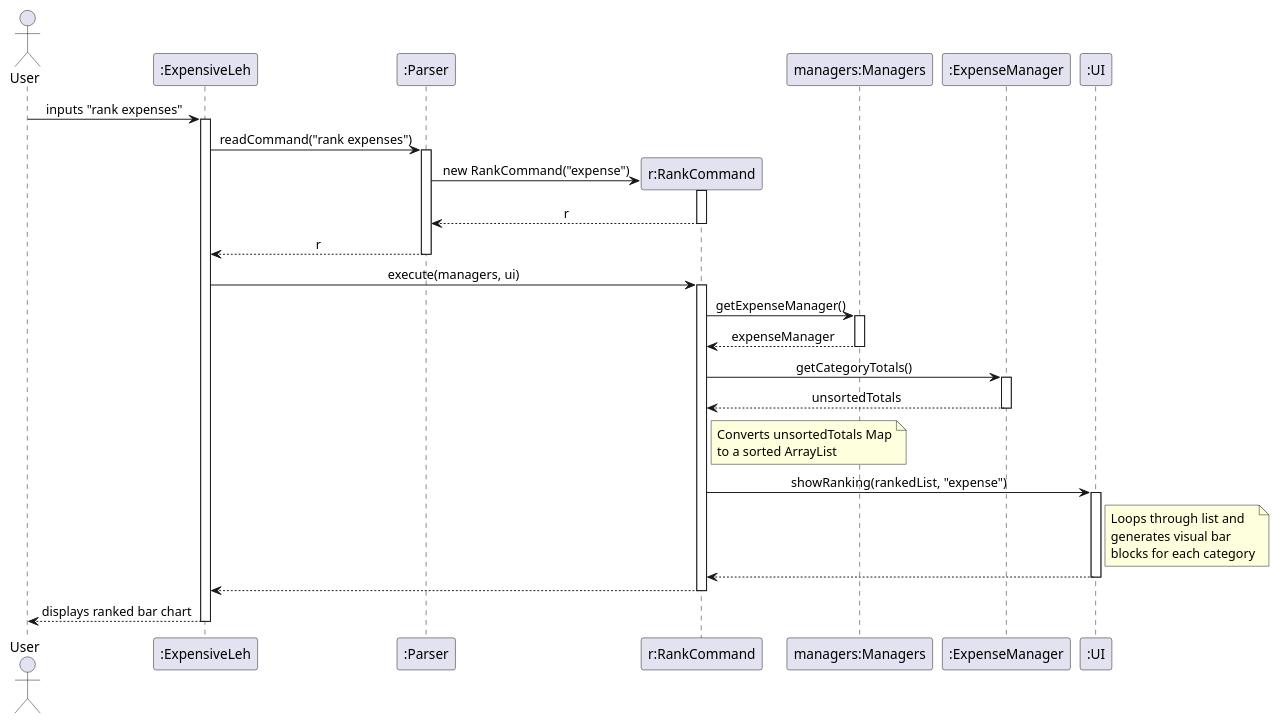
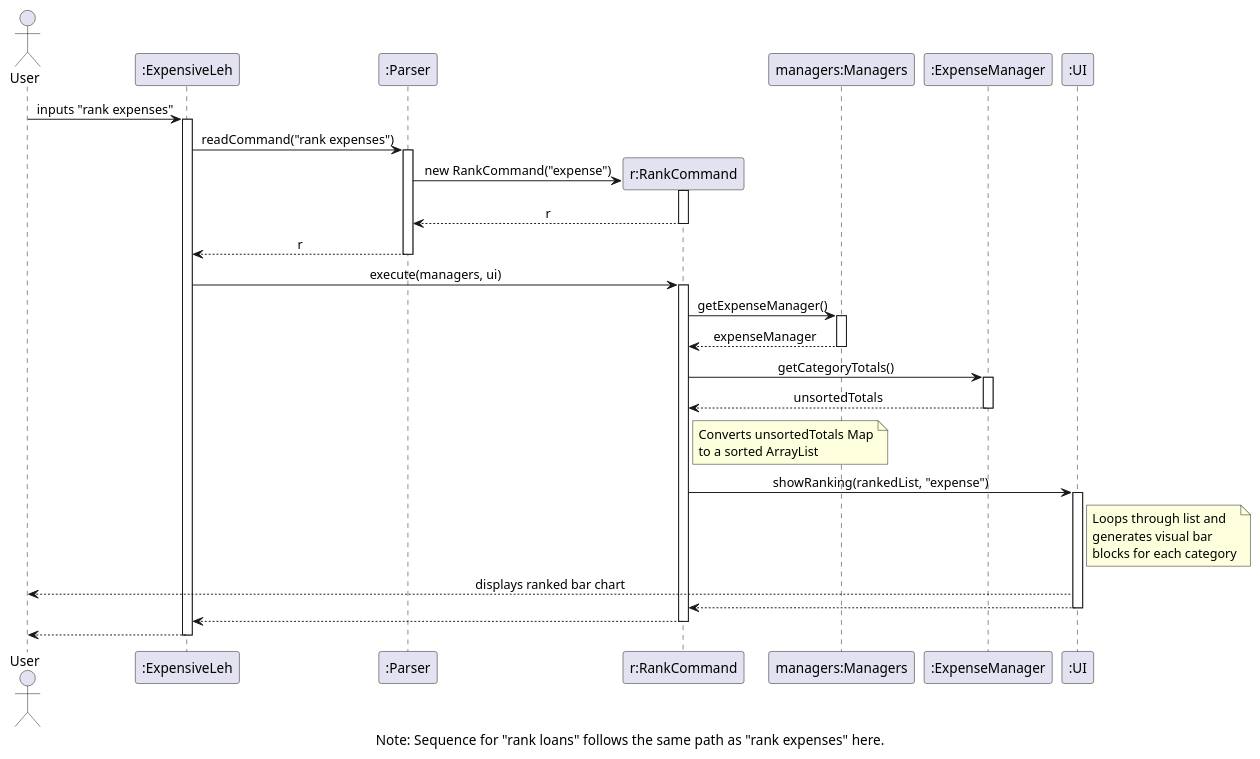
The diagram in docs/Diagrams/RankCommandDiagram.puml (KanakornMek/tp), drawn with PlantUML before and after one commit. The commit also changed 2 other files, not shown here.

Commit message:
Fixed add NAME cannot be empty exception bug, amended DG UML diagrams to fit UML guidelines

```diff
--- a/docs/Diagrams/RankCommandDiagram.puml
+++ b/docs/Diagrams/RankCommandDiagram.puml
@@ -1,62 +1,65 @@
 @startuml
 skinparam SequenceMessageAlignment center
 
 actor User
 participant ":ExpensiveLeh" as Main
 participant ":Parser" as Parser
 participant "r:RankCommand" as RankCommand
 participant "managers:Managers" as Managers
 participant ":ExpenseManager" as ExpenseManager
 participant ":UI" as UI
 
 User -> Main : inputs "rank expenses"
 activate Main
 
 Main -> Parser : readCommand("rank expenses")
 activate Parser
 
 create RankCommand
 Parser -> RankCommand : new RankCommand("expense")
 activate RankCommand
 RankCommand --> Parser : r
 deactivate RankCommand
 
 Parser --> Main : r
 deactivate Parser
 
 Main -> RankCommand : execute(managers, ui)
 activate RankCommand
 
 RankCommand -> Managers : getExpenseManager()
 activate Managers
 Managers --> RankCommand : expenseManager
 deactivate Managers
 
 RankCommand -> ExpenseManager : getCategoryTotals()
 activate ExpenseManager
 ExpenseManager --> RankCommand : unsortedTotals
 deactivate ExpenseManager
 
 note right of RankCommand
   Converts unsortedTotals Map
   to a sorted ArrayList
 end note
 
 RankCommand -> UI : showRanking(rankedList, "expense")
 activate UI
 
 note right of UI
   Loops through list and
   generates visual bar
   blocks for each category
 end note
 
+caption Note: Sequence for "rank loans" follows the same path as "rank expenses" here.
+
+UI --> User : displays ranked bar chart
 UI --> RankCommand
 deactivate UI
 
 RankCommand --> Main
 deactivate RankCommand
 
-Main --> User : displays ranked bar chart
+Main --> User
 deactivate Main
 @enduml
```
